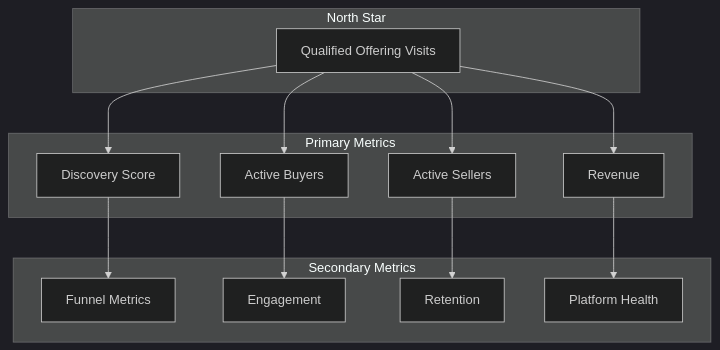
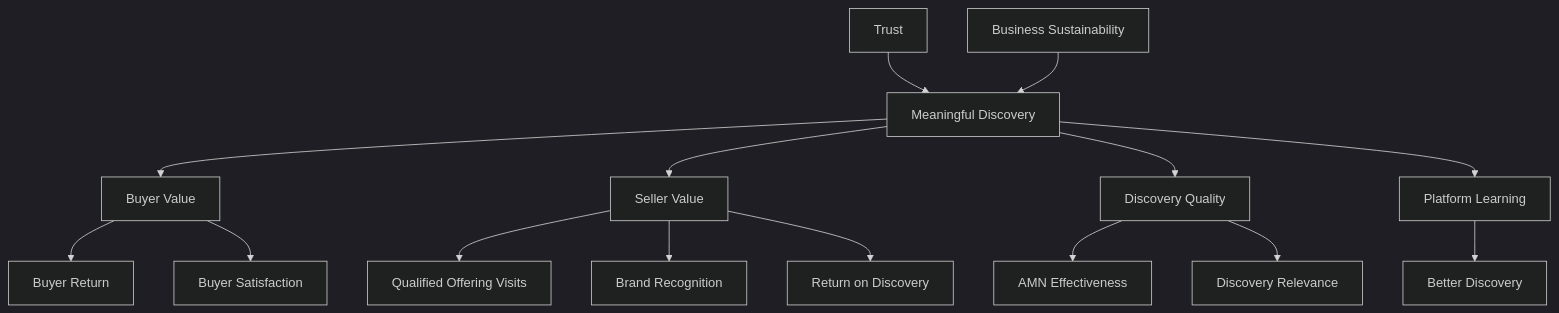
The diagram in docs/14-success-metrics.md (petkao/pinkcurve-blueprint), drawn with Mermaid (dark theme) before and after one commit. The commit also changed other lines of this file and 27 other files, not shown here.

Commit message:
Update PinkCurve blueprint and complete Chapter 11 data architecture audit

````diff
--- a/docs/14-success-metrics.md
+++ b/docs/14-success-metrics.md
@@ -113,30 +852,25 @@
 ```mermaid
 flowchart TB
-    subgraph North["North Star"]
-        QOV[Qualified Offering Visits]
-    end
 
-    subgraph Primary["Primary Metrics"]
-        Discovery[Discovery Score]
-        Sellers[Active Sellers]
-        Buyers[Active Buyers]
-        Revenue[Revenue]
-    end
+    MD[Meaningful Discovery]
 
-    subgraph Secondary["Secondary Metrics"]
-        Funnel[Funnel Metrics]
-        Engagement[Engagement]
-        Retention[Retention]
-        Health[Platform Health]
-    end
+    MD --> Buyer[Buyer Value]
+    MD --> Seller[Seller Value]
+    MD --> Quality[Discovery Quality]
 
-    QOV --> Discovery
-    QOV --> Sellers
-    QOV --> Buyers
-    QOV --> Revenue
+    Buyer --> Return[Buyer Return]
+    Buyer --> Satisfaction[Buyer Satisfaction]
 
-    Discovery --> Funnel
-    Sellers --> Retention
-    Buyers --> Engagement
-    Revenue --> Health
+    Seller --> QOV[Qualified Offering Visits]
+    Seller --> Brand[Brand Recognition]
+    Seller --> ROD[Return on Discovery]
+
+    Quality --> AMN[AMN Effectiveness]
+    Quality --> Relevance[Discovery Relevance]
+
+    MD --> Learning[Platform Learning]
+    Learning --> Better[Better Discovery]
+
+    Trust[Trust] --> MD
+    Sustainability[Business Sustainability] --> MD
 ```
````
